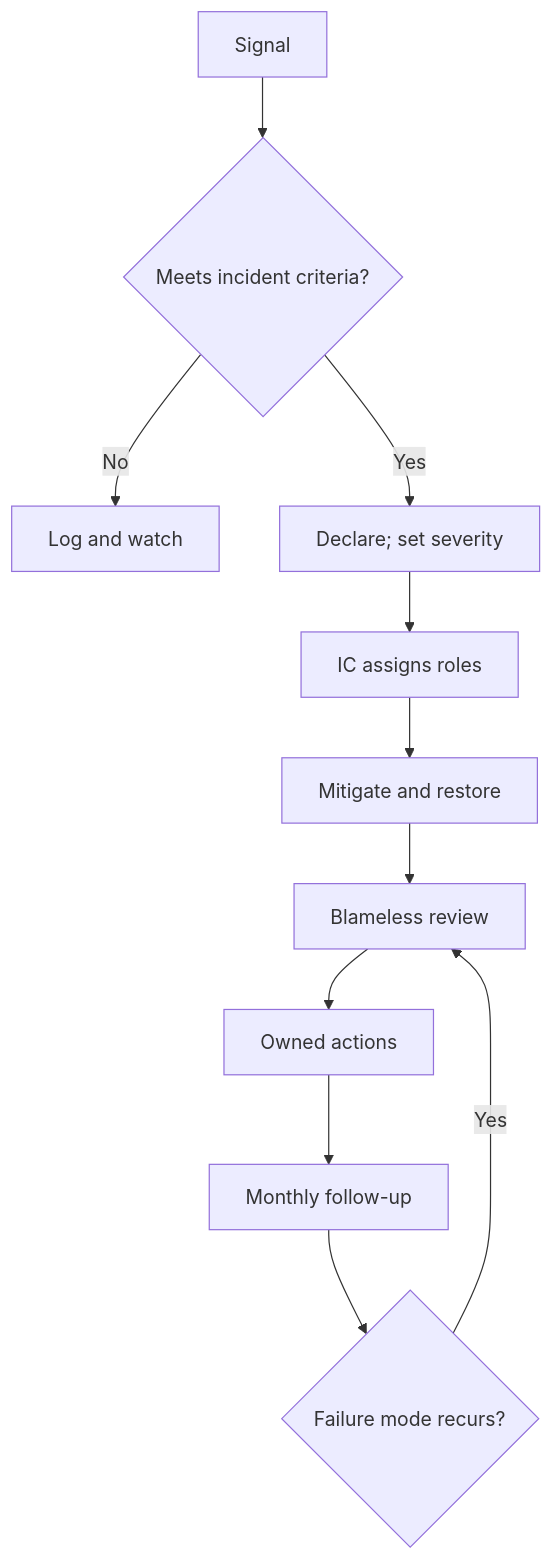
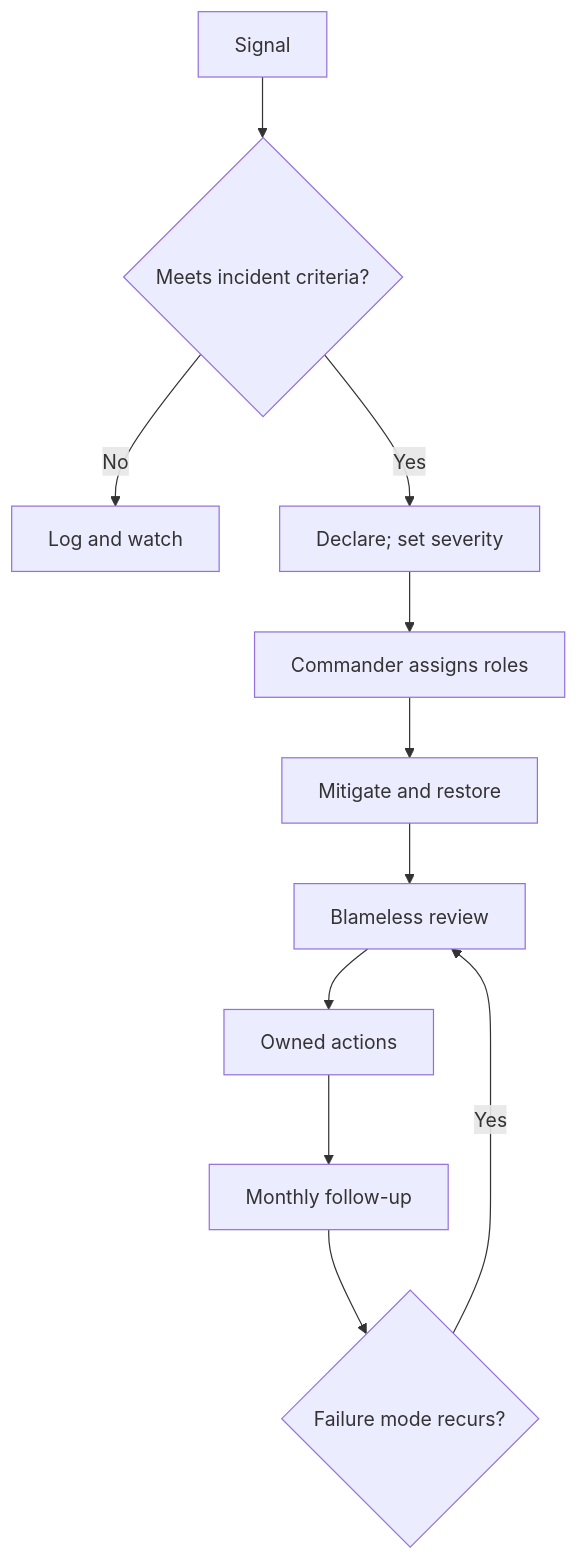
The first of 3 diagrams in docs/parts/05-engineering-quality/25-incidents-postmortems-and-change-failure-analysis.md (XayyamSadigov/engineering-leadership-book), drawn with Mermaid before and after one commit. The commit also changed other lines of this file and 145 other files, not shown here.

````diff
--- a/docs/parts/05-engineering-quality/25-incidents-postmortems-and-change-failure-analysis.md
+++ b/docs/parts/05-engineering-quality/25-incidents-postmortems-and-change-failure-analysis.md
@@ -58,13 +60,13 @@
 ```mermaid
 flowchart TD
     S["Signal"] --> Q{"Meets incident criteria?"}
     Q -->|No| W["Log and watch"]
     Q -->|Yes| D["Declare; set severity"]
-    D --> R["IC assigns roles"]
+    D --> R["Commander assigns roles"]
     R --> M["Mitigate and restore"]
     M --> V["Blameless review"]
     V --> A["Owned actions"]
     A --> F["Monthly follow-up"]
     F --> C{"Failure mode recurs?"}
     C -->|Yes| V
 ```
````
